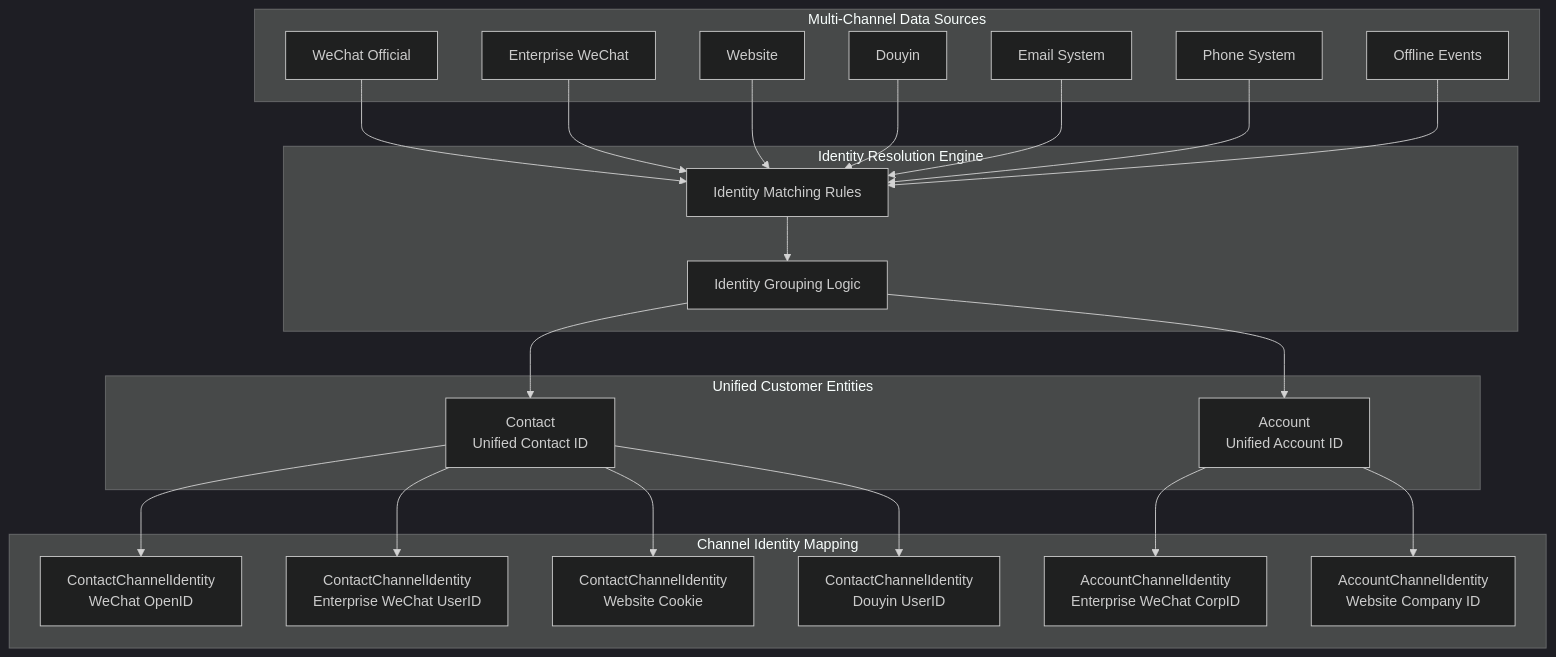
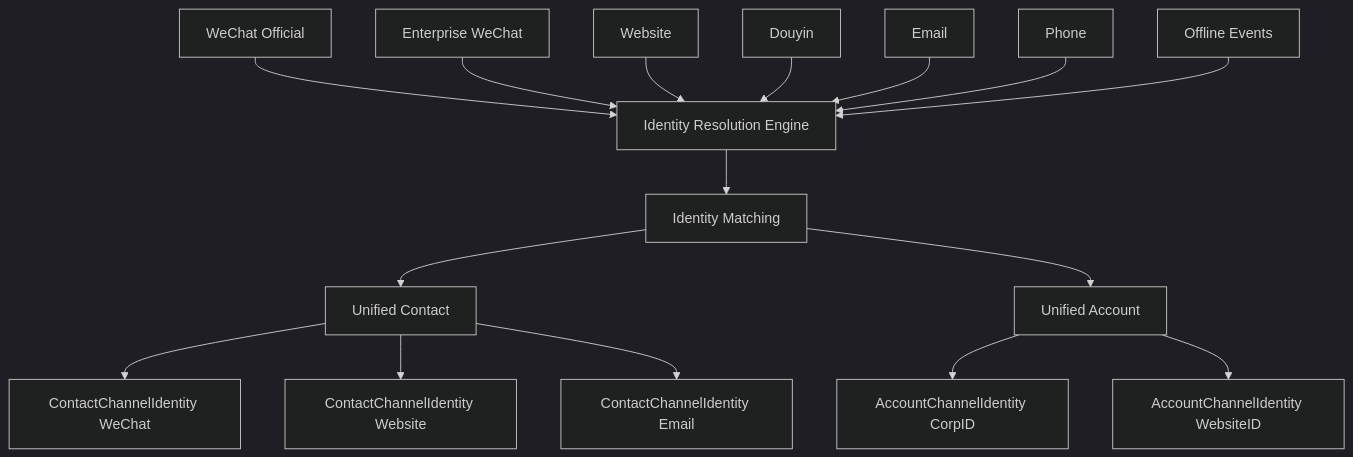
Before and after one commit to 312268112/advanced-java: diagram 19 of 25 in docs/b2b-cdp-entity-design.md, drawn with Mermaid (dark theme). The commit also changed other lines of this file, not shown here.

````diff
--- a/docs/b2b-cdp-entity-design.md
+++ b/docs/b2b-cdp-entity-design.md
@@ -905,50 +733,21 @@
 ```mermaid
 graph TB
-    subgraph Sources[Multi-Channel Data Sources]
-        S1[WeChat Official]
-        S2[Enterprise WeChat]
-        S3[Website]
-        S4[Douyin]
-        S5[Email System]
-        S6[Phone System]
-        S7[Offline Events]
-    end
+    S1[WeChat Official] --> IR[Identity Resolution Engine]
+    S2[Enterprise WeChat] --> IR
+    S3[Website] --> IR
+    S4[Douyin] --> IR
+    S5[Email] --> IR
+    S6[Phone] --> IR
+    S7[Offline Events] --> IR
     
-    subgraph Identity[Identity Resolution Engine]
-        IR[Identity Matching Rules]
-        IG[Identity Grouping Logic]
-    end
+    IR --> IM[Identity Matching]
+    IM --> UC[Unified Contact]
+    IM --> UA[Unified Account]
     
-    subgraph Entities[Unified Customer Entities]
-        UC[Contact<br/>Unified Contact ID]
-        UA[Account<br/>Unified Account ID]
-    end
+    UC --> CI1[ContactChannelIdentity WeChat]
+    UC --> CI2[ContactChannelIdentity Website]
+    UC --> CI3[ContactChannelIdentity Email]
     
-    subgraph Mapping[Channel Identity Mapping]
-        CI1[ContactChannelIdentity<br/>WeChat OpenID]
-        CI2[ContactChannelIdentity<br/>Enterprise WeChat UserID]
-        CI3[ContactChannelIdentity<br/>Website Cookie]
-        CI4[ContactChannelIdentity<br/>Douyin UserID]
-        AI1[AccountChannelIdentity<br/>Enterprise WeChat CorpID]
-        AI2[AccountChannelIdentity<br/>Website Company ID]
-    end
-    
-    S1 --> IR
-    S2 --> IR
-    S3 --> IR
-    S4 --> IR
-    S5 --> IR
-    S6 --> IR
-    S7 --> IR
-    
-    IR --> IG
-    IG --> UC
-    IG --> UA
-    
-    UC --> CI1
-    UC --> CI2
-    UC --> CI3
-    UC --> CI4
-    UA --> AI1
-    UA --> AI2
+    UA --> AI1[AccountChannelIdentity CorpID]
+    UA --> AI2[AccountChannelIdentity WebsiteID]
 ```
````
